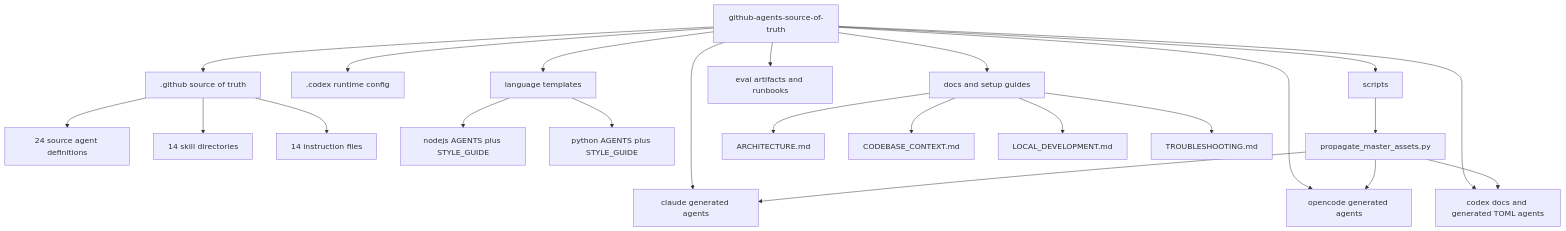
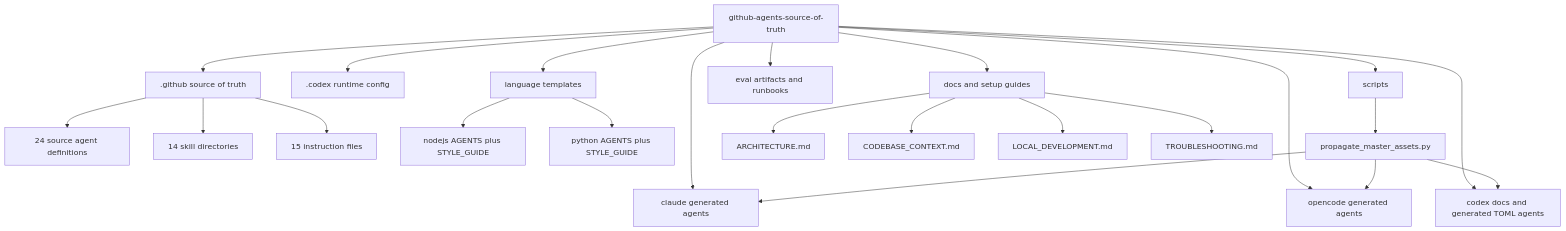
The first of 3 diagrams in docs/ARCHITECTURE.md (threnjen/thren-agentic-workflows), drawn with Mermaid before and after one commit. The commit also changed other lines of this file and 23 other files, not shown here.

````diff
--- a/docs/ARCHITECTURE.md
+++ b/docs/ARCHITECTURE.md
@@ -17,31 +17,31 @@
 ```mermaid
 flowchart TD
     Root[github-agents-source-of-truth]
 
     Root --> GH[.github source of truth]
     Root --> Claude[claude generated agents]
     Root --> OpenCode[opencode generated agents]
     Root --> Codex[codex docs and generated TOML agents]
     Root --> Runtime[.codex runtime config]
     Root --> Templates[language templates]
     Root --> Docs[docs and setup guides]
     Root --> Eval[eval artifacts and runbooks]
     Root --> Scripts[scripts]
 
     GH --> GHAgents[24 source agent definitions]
     GH --> GHSkills[14 skill directories]
-    GH --> GHInstructions[14 instruction files]
+    GH --> GHInstructions[15 instruction files]
 
     Templates --> Node[nodejs AGENTS plus STYLE_GUIDE]
     Templates --> Python[python AGENTS plus STYLE_GUIDE]
 
     Scripts --> Propagate[propagate_master_assets.py]
     Propagate --> Claude
     Propagate --> OpenCode
     Propagate --> Codex
 
     Docs --> ArchitectureDoc[ARCHITECTURE.md]
     Docs --> ContextDoc[CODEBASE_CONTEXT.md]
     Docs --> LocalDevDoc[LOCAL_DEVELOPMENT.md]
     Docs --> TroubleshootingDoc[TROUBLESHOOTING.md]
 ```
````
